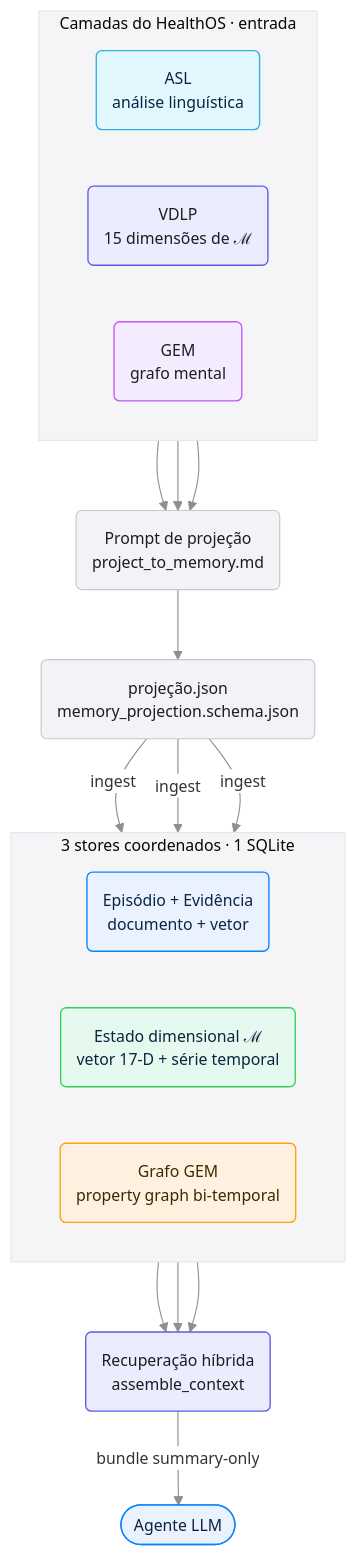
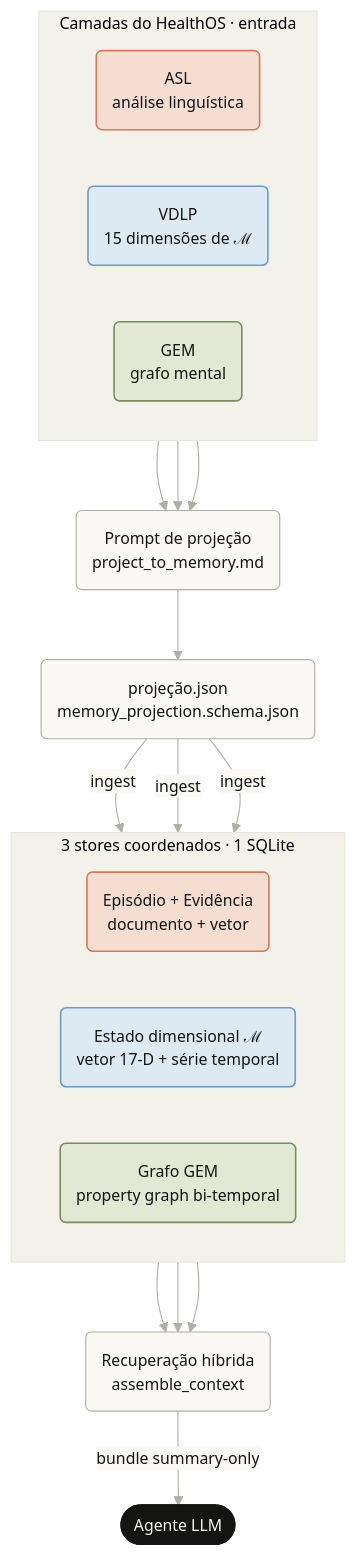
Before and after one commit to myselfgus/patient-memory: the first of 8 diagrams in README.md, drawn with Mermaid. The commit also changed other lines of this file, not shown here.

Commit message:
style(readme): aplica identidade de marca Anthropic (Poppins + paleta areia/tinta + acentos orange/blue/green); remove mindmap do Espaco Mental

````diff
--- a/README.md
+++ b/README.md
@@ -17,52 +17,50 @@
 ```mermaid
-%%{init: {"theme":"base","themeVariables":{"fontFamily":"-apple-system, BlinkMacSystemFont, Segoe UI, Helvetica, Arial, sans-serif","fontSize":"14px","lineColor":"#8E8E93","clusterBkg":"#F5F5F7","clusterBorder":"#E5E5EA","edgeLabelBackground":"#FFFFFF"},"flowchart":{"curve":"basis","htmlLabels":true,"padding":14,"nodeSpacing":50,"rankSpacing":62}}}%%
+%%{init: {"theme":"base","themeVariables":{"fontFamily":"Poppins, Arial, Helvetica, sans-serif","fontSize":"14px","primaryColor":"#faf9f5","primaryTextColor":"#141413","primaryBorderColor":"#b0aea5","lineColor":"#b0aea5","clusterBkg":"#f2f1ea","clusterBorder":"#e8e6dc","edgeLabelBackground":"#faf9f5"},"flowchart":{"curve":"basis","htmlLabels":true,"padding":14,"nodeSpacing":50,"rankSpacing":62}}}%%
 flowchart TB
     subgraph SRC["Camadas do HealthOS · entrada"]
         direction LR
         ASL("ASL<br/>análise linguística")
         VDLP("VDLP<br/>15 dimensões de ℳ")
         GEM("GEM<br/>grafo mental")
     end
 
     PROJ("Prompt de projeção<br/>project_to_memory.md")
     SCHEMA("projeção.json<br/>memory_projection.schema.json")
 
     subgraph STORE["3 stores coordenados · 1 SQLite"]
         direction LR
         S1("Episódio + Evidência<br/>documento + vetor")
         S2("Estado dimensional ℳ<br/>vetor 17-D + série temporal")
         S3("Grafo GEM<br/>property graph bi-temporal")
     end
 
     HYB("Recuperação híbrida<br/>assemble_context")
     AGENT(["Agente LLM"])
 
     ASL --> PROJ
     VDLP --> PROJ
     GEM --> PROJ
     PROJ --> SCHEMA
     SCHEMA -->|ingest| S1
     SCHEMA -->|ingest| S2
     SCHEMA -->|ingest| S3
     S1 --> HYB
     S2 --> HYB
     S3 --> HYB
     HYB -->|bundle summary-only| AGENT
 
-    classDef blue fill:#EAF2FF,stroke:#0A84FF,stroke-width:1.2px,color:#0A2540
-    classDef indigo fill:#ECECFF,stroke:#5E5CE6,stroke-width:1.2px,color:#1D1D1F
-    classDef purple fill:#F4EBFF,stroke:#BF5AF2,stroke-width:1.2px,color:#1D1D1F
-    classDef teal fill:#E3F7FF,stroke:#32ADE6,stroke-width:1.2px,color:#0A2540
-    classDef green fill:#E6F9EE,stroke:#30D158,stroke-width:1.2px,color:#0A2540
-    classDef orange fill:#FFF1E0,stroke:#FF9F0A,stroke-width:1.2px,color:#3D2A00
-    classDef gray fill:#F2F2F7,stroke:#C7C7CC,stroke-width:1px,color:#1D1D1F
-    class ASL teal
-    class VDLP indigo
-    class GEM purple
-    class PROJ,SCHEMA gray
-    class S1 blue
-    class S2 green
-    class S3 orange
-    class HYB indigo
-    class AGENT blue
+    classDef orange fill:#f6ddd1,stroke:#d97757,stroke-width:1.4px,color:#141413
+    classDef blue fill:#dde9f3,stroke:#6a9bcc,stroke-width:1.4px,color:#141413
+    classDef green fill:#e2e8d4,stroke:#788c5d,stroke-width:1.4px,color:#141413
+    classDef sand fill:#faf9f5,stroke:#b0aea5,stroke-width:1px,color:#141413
+    classDef ink fill:#141413,stroke:#141413,stroke-width:1px,color:#faf9f5
+    class ASL orange
+    class VDLP blue
+    class GEM green
+    class PROJ,SCHEMA sand
+    class S1 orange
+    class S2 blue
+    class S3 green
+    class HYB sand
+    class AGENT ink
 ```
````
